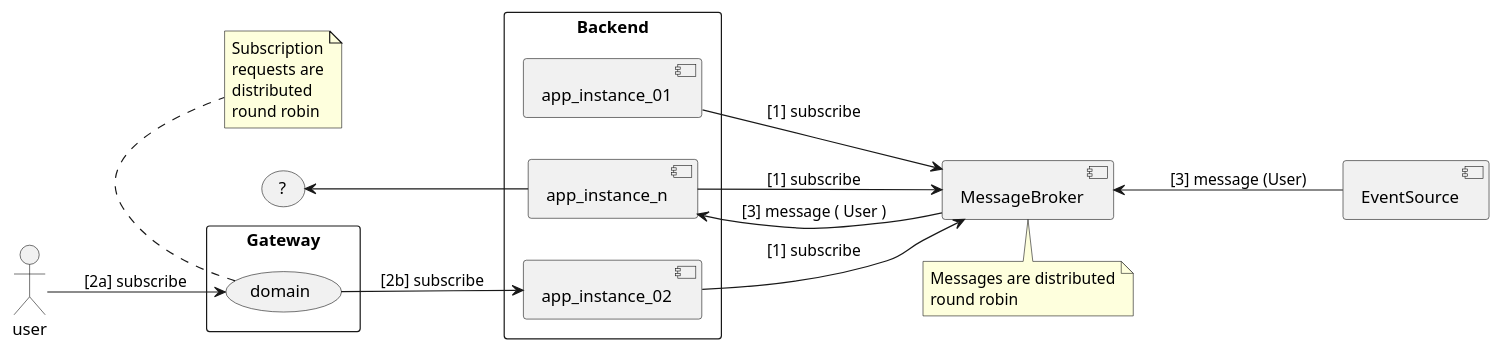
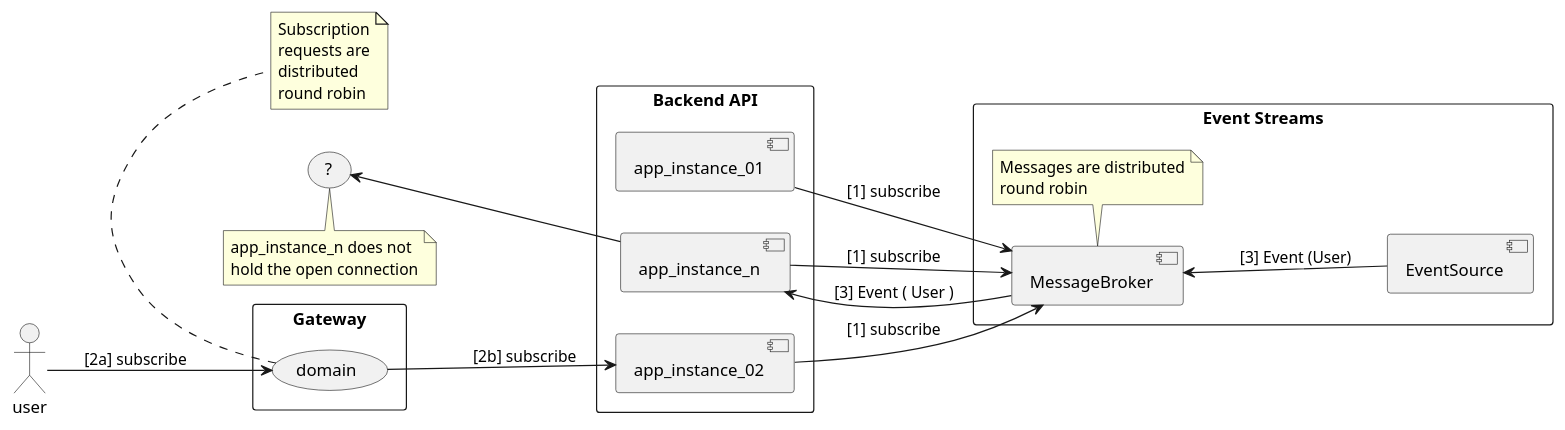
The diagram in assets/general-challenge.puml (hey-johnnypark/example-scale-event-stream-backends), drawn with PlantUML before and after one commit. The commit also changed 4 other files, not shown here.

```diff
--- a/assets/general-challenge.puml
+++ b/assets/general-challenge.puml
@@ -1,55 +1,60 @@
 @startuml
 
 left to right direction
 
 skinparam packageStyle rectangle
 
 actor user
 
 
 
 rectangle Gateway {
   user --> (domain): [2a] subscribe
 
 }
 
 note bottom
   Subscription
   requests are
   distributed
   round robin
 endnote
 
 
-rectangle Backend {
+rectangle "Backend API" {
   component app_instance_01
   component app_instance_02
   component app_instance_n
 
   (domain) --> app_instance_02: [2b] subscribe
 
 }
 
 
 
-
-
+rectangle "Event Streams" {
 component MessageBroker
 
 app_instance_01 --> MessageBroker: [1] subscribe
 app_instance_02 --> MessageBroker: [1] subscribe
 app_instance_n --> MessageBroker: [1] subscribe
 
 note bottom
   Messages are distributed
   round robin
 endnote
 
 component EventSource
 
-(EventSource) -up-> MessageBroker: [3] message (User)
-MessageBroker --> app_instance_n: [3] message ( User )
+(EventSource) -up-> MessageBroker: [3] Event (User)
+MessageBroker --> app_instance_n: [3] Event ( User )
+
+}
 
 app_instance_n -up-> (?)
+note bottom
+  app_instance_n does not
+  hold the open connection
+endnote
 
 @enduml
```
